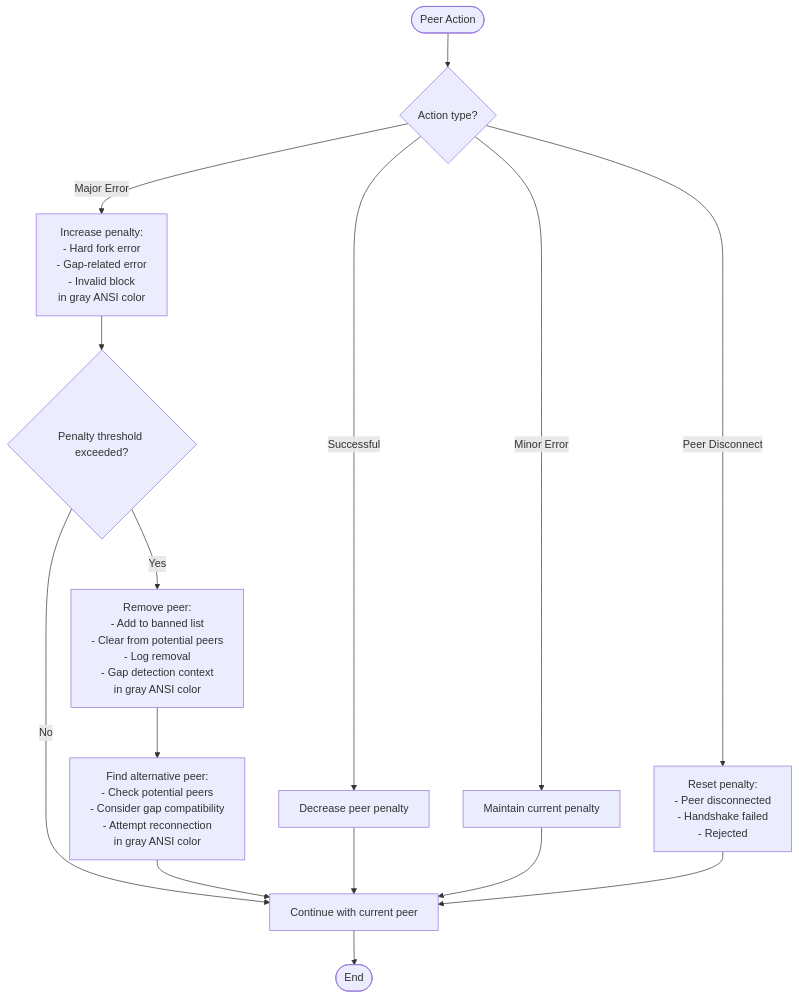
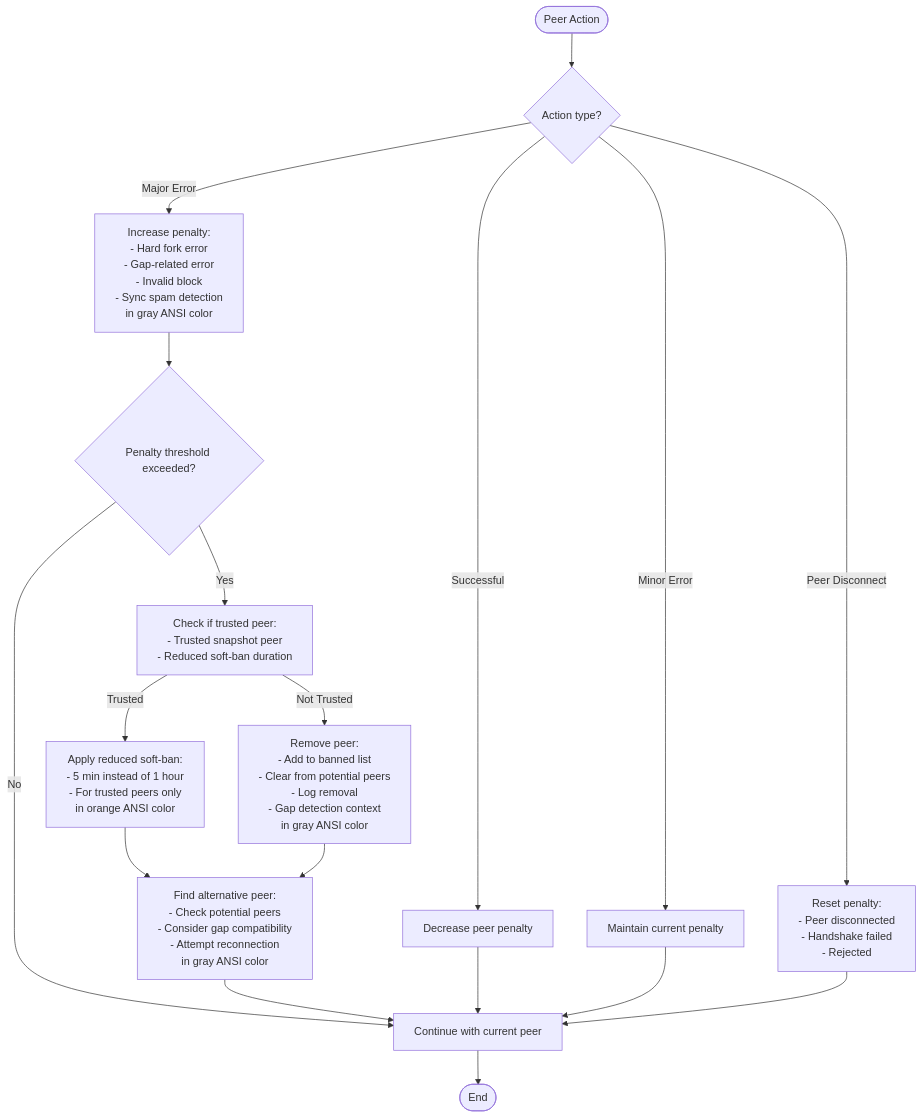
Diagram 33 of 39 in .qoder/repowiki/en/content/P2p Plugin.md (VIZ-Blockchain/viz-cpp-node), drawn with Mermaid before and after one commit. The commit also changed other lines of this file and 7 other files, not shown here.

First line of the commit message:
feat(dlt_block_log): enhance Windows compatibility and automatic gap recovery

````diff
--- a/.qoder/repowiki/en/content/P2p Plugin.md
+++ b/.qoder/repowiki/en/content/P2p Plugin.md
@@ -1204,17 +1223,20 @@
 ```mermaid
 flowchart TD
 Start([Peer Action]) --> CheckAction{"Action type?"}
 CheckAction --> |Successful| DecreasePenalty["Decrease peer penalty"]
 CheckAction --> |Minor Error| MaintainPenalty["Maintain current penalty"]
-CheckAction --> |Major Error| IncreasePenalty["Increase penalty:<br/>- Hard fork error<br/>- Gap-related error<br/>- Invalid block<br/>in gray ANSI color"]
+CheckAction --> |Major Error| IncreasePenalty["Increase penalty:<br/>- Hard fork error<br/>- Gap-related error<br/>- Invalid block<br/>- Sync spam detection<br/>in gray ANSI color"]
 CheckAction --> |Peer Disconnect| ResetPenalty["Reset penalty:<br/>- Peer disconnected<br/>- Handshake failed<br/>- Rejected"]
 IncreasePenalty --> CheckThreshold{"Penalty threshold exceeded?"}
 CheckThreshold --> |No| Continue["Continue with current peer"]
-CheckThreshold --> |Yes| RemovePeer["Remove peer:<br/>- Add to banned list<br/>- Clear from potential peers<br/>- Log removal<br/>- Gap detection context<br/>in gray ANSI color"]
-RemovePeer --> FindAlternative["Find alternative peer:<br/>- Check potential peers<br/>- Consider gap compatibility<br/>- Attempt reconnection<br/>in gray ANSI color"]
+CheckThreshold --> |Yes| CheckTrusted["Check if trusted peer:<br/>- Trusted snapshot peer<br/>- Reduced soft-ban duration"]
+CheckTrusted --> |Trusted| ApplyReducedBan["Apply reduced soft-ban:<br/>- 5 min instead of 1 hour<br/>- For trusted peers only<br/>in orange ANSI color"]
+CheckTrusted --> |Not Trusted| RemovePeer["Remove peer:<br/>- Add to banned list<br/>- Clear from potential peers<br/>- Log removal<br/>- Gap detection context<br/>in gray ANSI color"]
+ApplyReducedBan --> FindAlternative["Find alternative peer:<br/>- Check potential peers<br/>- Consider gap compatibility<br/>- Attempt reconnection<br/>in gray ANSI color"]
+RemovePeer --> FindAlternative
 FindAlternative --> Continue
 DecreasePenalty --> Continue
 MaintainPenalty --> Continue
 ResetPenalty --> Continue
 Continue --> End([End])
 ```
````
